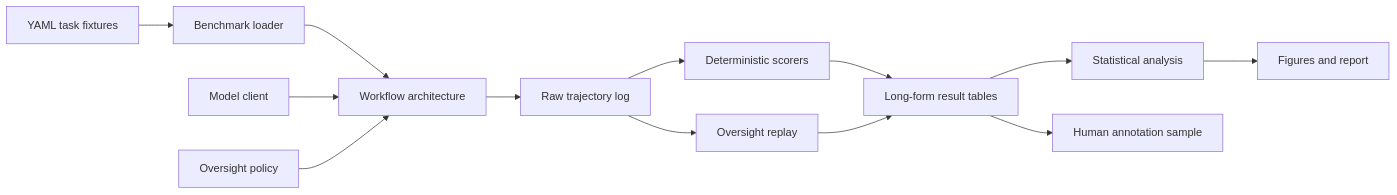
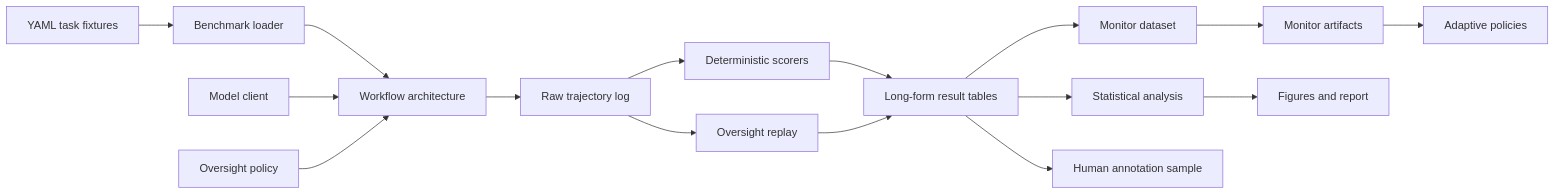
Before and after one commit to AnshDani2004/BayesAudit: the diagram in docs/architecture.md, drawn with Mermaid. The commit also changed other lines of this file and 64 other files, not shown here.

````diff
--- a/docs/architecture.md
+++ b/docs/architecture.md
@@ -51,15 +63,18 @@
 ```mermaid
 flowchart LR
     A["YAML task fixtures"] --> B["Benchmark loader"]
     B --> C["Workflow architecture"]
     D["Model client"] --> C
     E["Oversight policy"] --> C
     C --> F["Raw trajectory log"]
     F --> G["Deterministic scorers"]
     F --> H["Oversight replay"]
     G --> I["Long-form result tables"]
     H --> I
+    I --> M["Monitor dataset"]
+    M --> N["Monitor artifacts"]
+    N --> O["Adaptive policies"]
     I --> J["Statistical analysis"]
     I --> K["Human annotation sample"]
     J --> L["Figures and report"]
 ```
````
